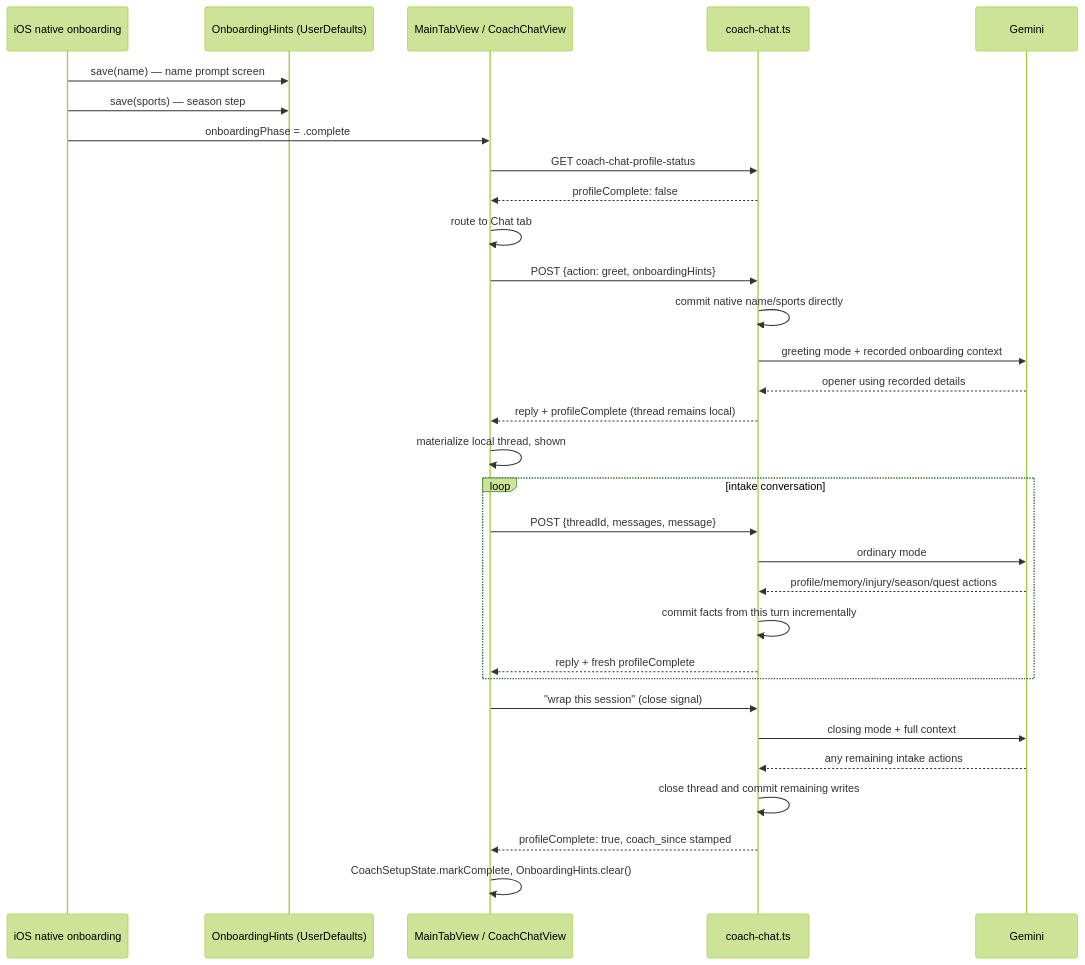
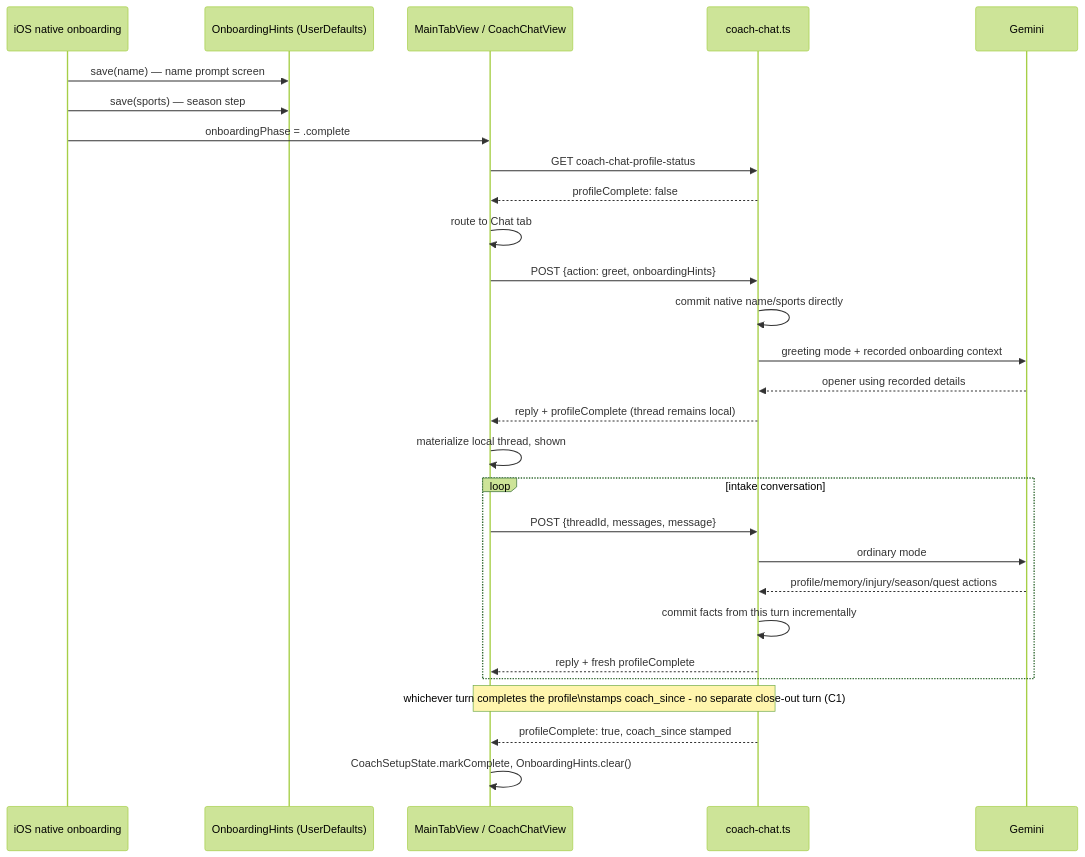
One commit to sibling-shipyard/coach-hq changed the diagram in docs/eng-docs/coach-chat-fsp.md. Above: the diagram before and after it, drawn with Mermaid (forest theme). The commit also changed other lines of this file and 39 other files, not shown here.

First line of the commit message:
feat: remove the closing-turn concept (C1) (#791)

````diff
--- a/docs/eng-docs/coach-chat-fsp.md
+++ b/docs/eng-docs/coach-chat-fsp.md
@@ -17,33 +18,30 @@
 ```mermaid
 sequenceDiagram
     participant Native as iOS native onboarding
     participant Hints as OnboardingHints (UserDefaults)
     participant App as MainTabView / CoachChatView
     participant Server as coach-chat.ts
     participant Gemini
     Native->>Hints: save(name) — name prompt screen
     Native->>Hints: save(sports) — season step
     Native->>App: onboardingPhase = .complete
     App->>Server: GET coach-chat-profile-status
     Server-->>App: profileComplete: false
     App->>App: route to Chat tab
     App->>Server: POST {action: greet, onboardingHints}
     Server->>Server: commit native name/sports directly
     Server->>Gemini: greeting mode + recorded onboarding context
     Gemini-->>Server: opener using recorded details
     Server-->>App: reply + profileComplete (thread remains local)
     App->>App: materialize local thread, shown
     loop intake conversation
         App->>Server: POST {threadId, messages, message}
         Server->>Gemini: ordinary mode
         Gemini-->>Server: profile/memory/injury/season/quest actions
         Server->>Server: commit facts from this turn incrementally
         Server-->>App: reply + fresh profileComplete
     end
-    App->>Server: "wrap this session" (close signal)
-    Server->>Gemini: closing mode + full context
-    Gemini-->>Server: any remaining intake actions
-    Server->>Server: close thread and commit remaining writes
+    Note over App,Server: whichever turn completes the profile\nstamps coach_since - no separate close-out turn (C1)
     Server-->>App: profileComplete: true, coach_since stamped
     App->>App: CoachSetupState.markComplete, OnboardingHints.clear()
 ```
````
